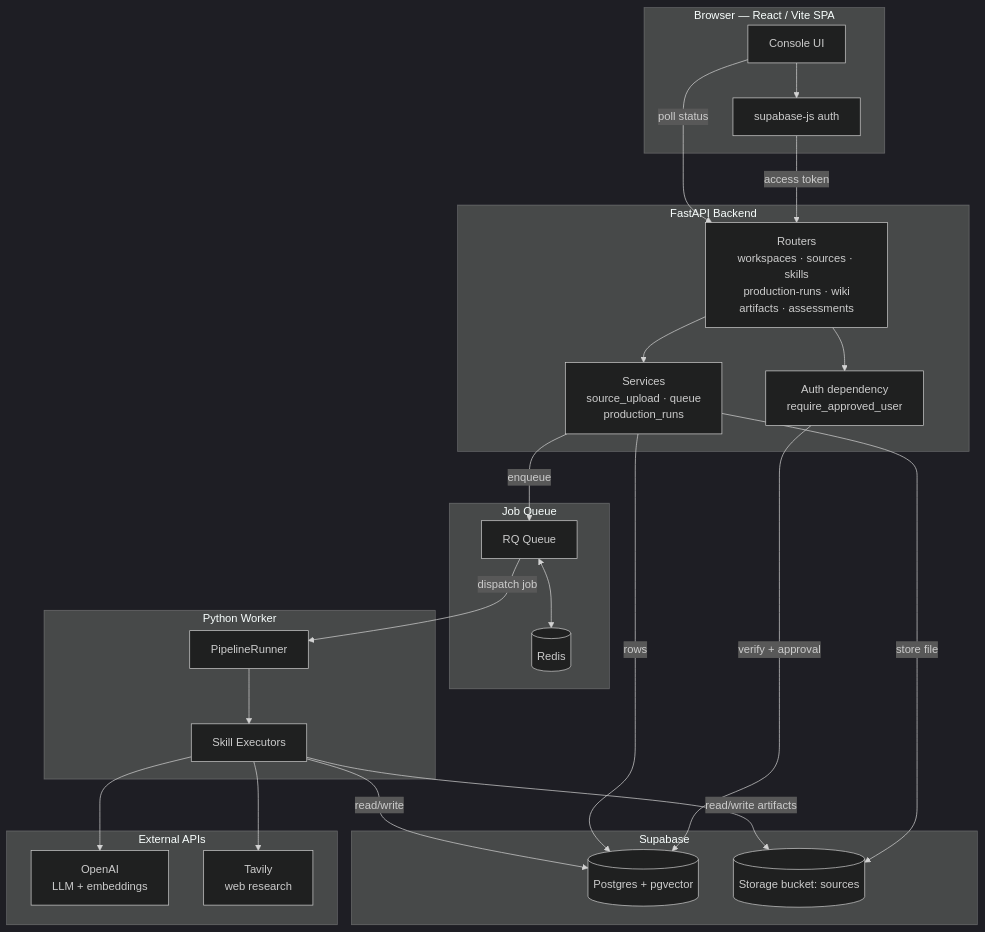
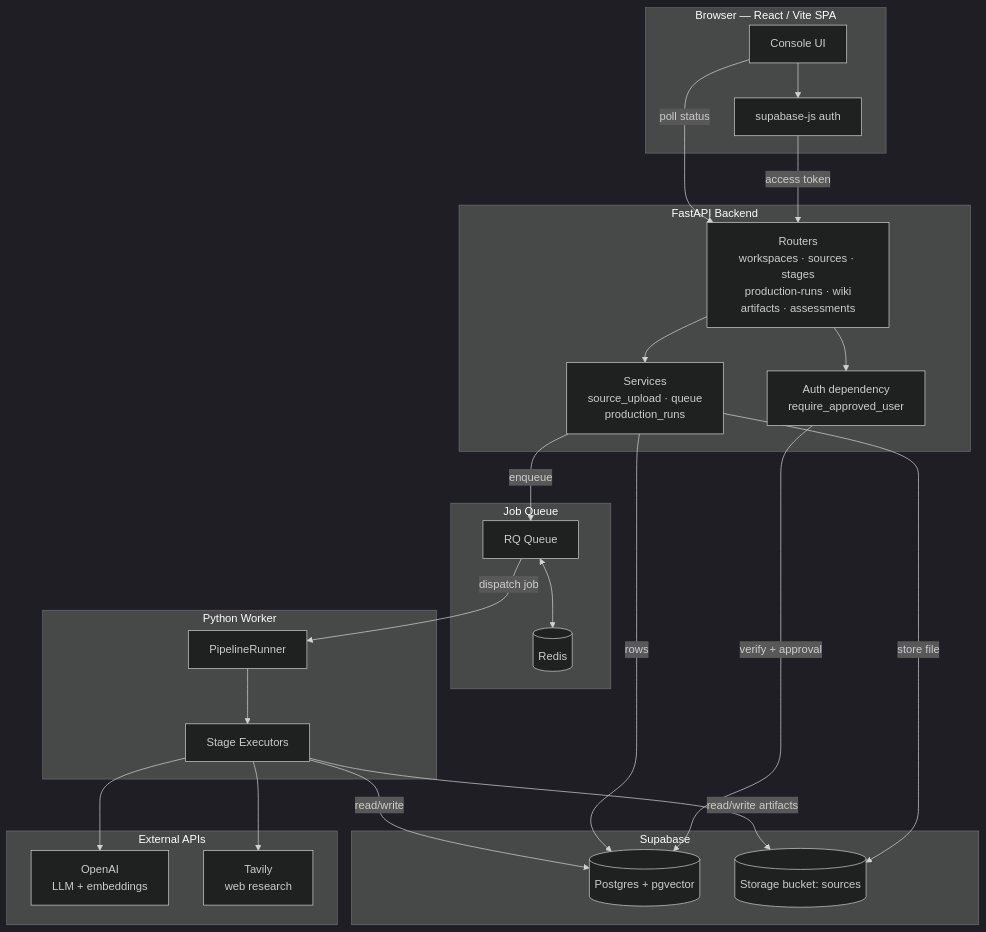
Before and after one commit to lucas-spitzer/BriefWorks: the first of 6 diagrams in README.md, drawn with Mermaid (dark theme). The commit also changed other lines of this file and 131 other files, not shown here.

First line of the commit message:
Skills To Stages

````diff
--- a/README.md
+++ b/README.md
@@ -15,50 +15,50 @@
 ```mermaid
 flowchart TD
     subgraph client["Browser — React / Vite SPA"]
         UI[Console UI]
         SBJS[supabase-js auth]
     end
 
     subgraph api["FastAPI Backend"]
         AUTH[Auth dependency<br/>require_approved_user]
-        ROUTERS[Routers<br/>workspaces · sources · skills<br/>production-runs · wiki<br/>artifacts · assessments]
+        ROUTERS[Routers<br/>workspaces · sources · stages<br/>production-runs · wiki<br/>artifacts · assessments]
         SVC[Services<br/>source_upload · queue<br/>production_runs]
     end
 
     subgraph queue["Job Queue"]
         REDIS[(Redis)]
         RQ[RQ Queue]
     end
 
     subgraph worker["Python Worker"]
         RUNNER[PipelineRunner]
-        EXEC[Skill Executors]
+        EXEC[Stage Executors]
     end
 
     subgraph data["Supabase"]
         PG[(Postgres + pgvector)]
         STORE[(Storage bucket: sources)]
     end
 
     subgraph ext["External APIs"]
         OPENAI[OpenAI<br/>LLM + embeddings]
         TAVILY[Tavily<br/>web research]
     end
 
     UI --> SBJS
     SBJS -- access token --> ROUTERS
     ROUTERS --> AUTH
     AUTH -- verify + approval --> PG
     ROUTERS --> SVC
     SVC -- store file --> STORE
     SVC -- rows --> PG
     SVC -- enqueue --> RQ
     RQ <--> REDIS
     RQ -- dispatch job --> RUNNER
     RUNNER --> EXEC
     EXEC --> OPENAI
     EXEC --> TAVILY
     EXEC -- read/write --> PG
     EXEC -- read/write artifacts --> STORE
     UI -- poll status --> ROUTERS
 ```
````
